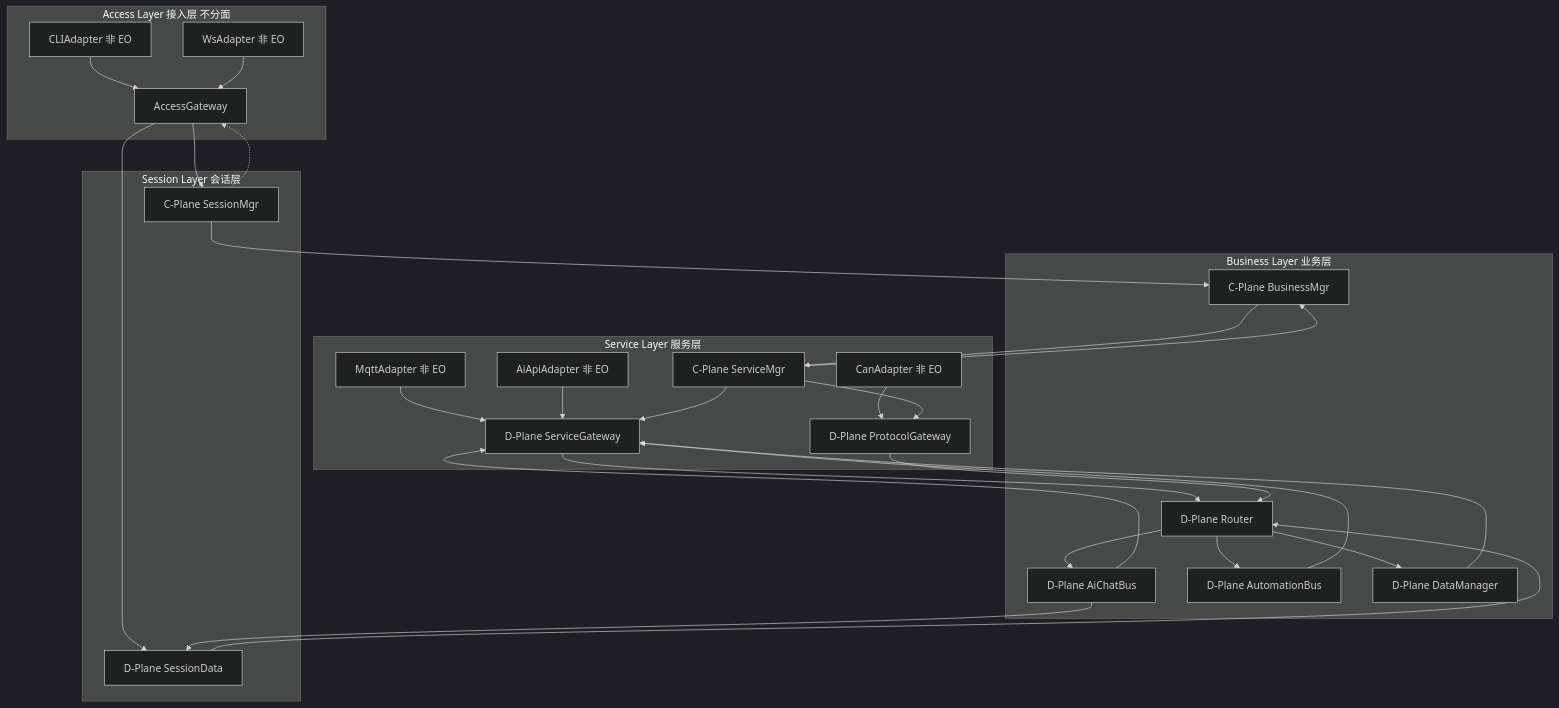
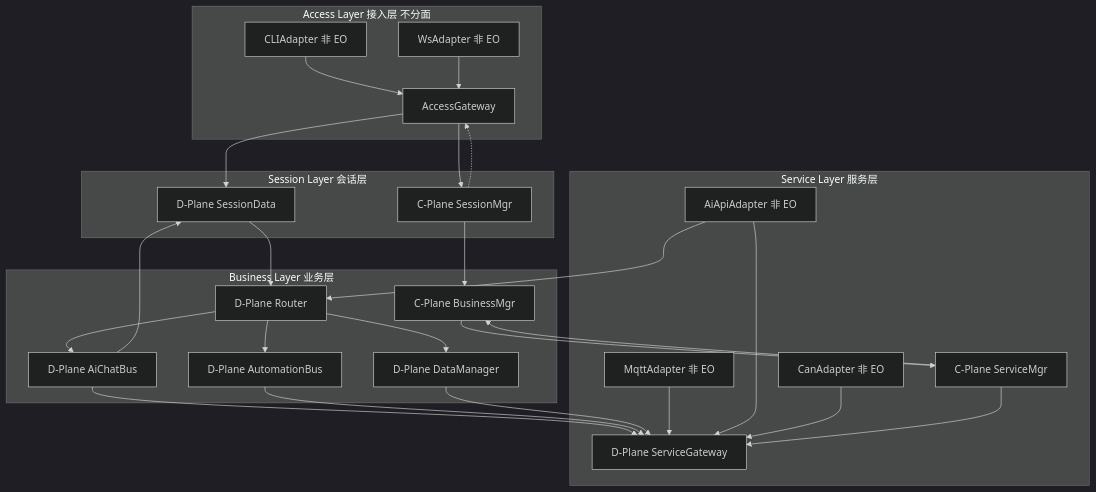
Before and after one commit to yun-qilong/flow_hub: the first of 4 diagrams in README.md, drawn with Mermaid (dark theme). The commit also changed other lines of this file and 3 other files, not shown here.

First line of the commit message:
[Doc]Refine Service Layer architecture and message header design

````diff
--- a/README.md
+++ b/README.md
@@ -108,54 +107,51 @@
 ```mermaid
 graph TB
     subgraph Access["Access Layer 接入层 不分面"]
         CLI["CLIAdapter 非 EO"]
         WS["WsAdapter 非 EO"]
         AG["AccessGateway"]
         CLI --> AG
         WS --> AG
     end
 
     subgraph Session["Session Layer 会话层"]
         SM["C-Plane SessionMgr"]
         SD["D-Plane SessionData"]
     end
 
     subgraph Business["Business Layer 业务层"]
         BM["C-Plane BusinessMgr"]
         R["D-Plane Router"]
         AI["D-Plane AiChatBus"]
         AU["D-Plane AutomationBus"]
         DM["D-Plane DataManager"]
     end
 
     subgraph Service["Service Layer 服务层"]
         SVM["C-Plane ServiceMgr"]
         SG["D-Plane ServiceGateway"]
-        PG["D-Plane ProtocolGateway"]
         MqttAd["MqttAdapter 非 EO"]
         ApiAd["AiApiAdapter 非 EO"]
         CanAd["CanAdapter 非 EO"]
     end
 
     AG --> SM
     AG --> SD
     SM --> BM
     SM -.-> AG
     BM --> SVM
     SVM --> BM
     SD --> R
     R --> AI
     R --> AU
     R --> DM
     AI --> SD
     AI --> SG
     AU --> SG
     DM --> SG
     MqttAd --> SG
     ApiAd --> SG
-    CanAd --> PG
-    SG --> R
-    PG --> R
+    CanAd --> SG
+    ApiAd --> R
     SVM --> SG
-    SVM --> PG
 ```
````
